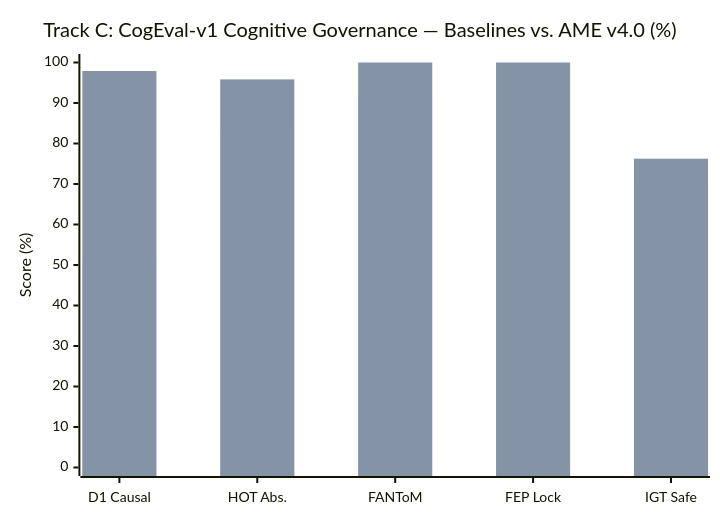
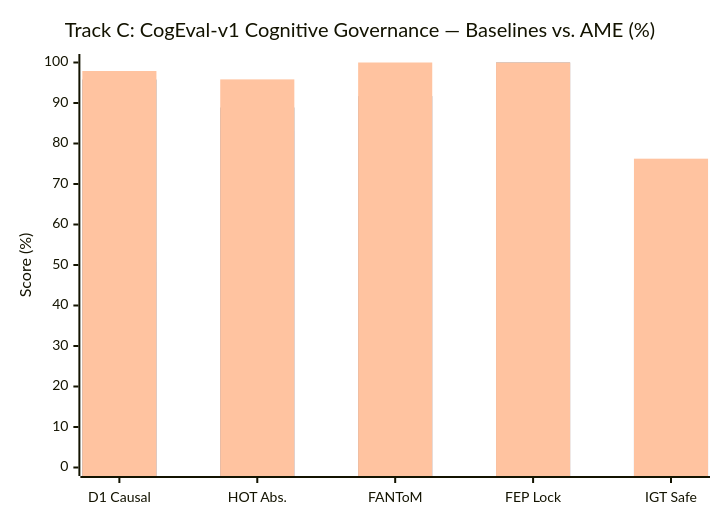
The fourth of 7 diagrams in docs/benchmarks.md (bearrhee/artificial-mind-engine), drawn with Mermaid before and after one commit. The commit also changed other lines of this file and 7 other files, not shown here.

Commit message:
docs: add Gemma 4 26B benchmarks, standout charts, and contact info

````diff
--- a/docs/benchmarks.md
+++ b/docs/benchmarks.md
@@ -147,8 +165,9 @@
 ```mermaid
 xychart-beta
-  title "Track C: CogEval-v1 Cognitive Governance — Baselines vs. AME v4.0 (%)"
+  title "Track C: CogEval-v1 Cognitive Governance — Baselines vs. AME (%)"
   x-axis ["D1 Causal", "HOT Abs.", "FANToM", "FEP Lock", "IGT Safe"]
   y-axis "Score (%)" 0 --> 100
   bar [50.7, 83.1, 91.7, 0.0, 70.7]
+  bar [95.8, 88.89, 91.7, 100.0, 43.8]
   bar [97.9, 95.83, 100.0, 100.0, 76.25]
 ```
````
